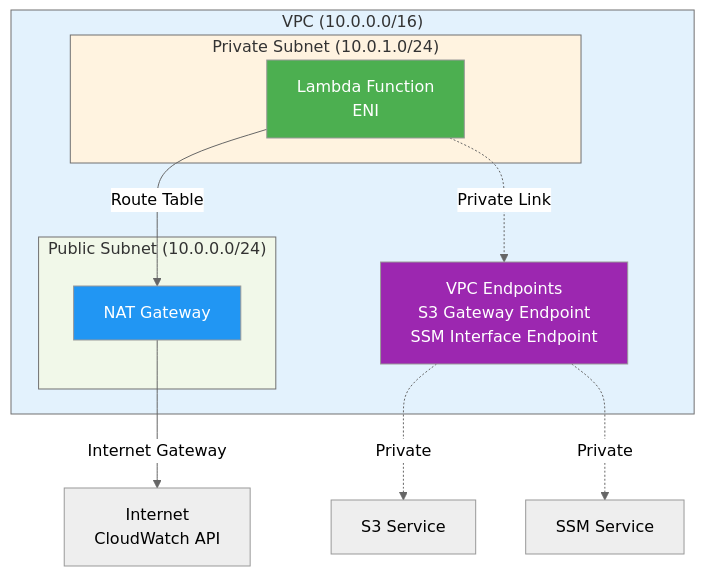
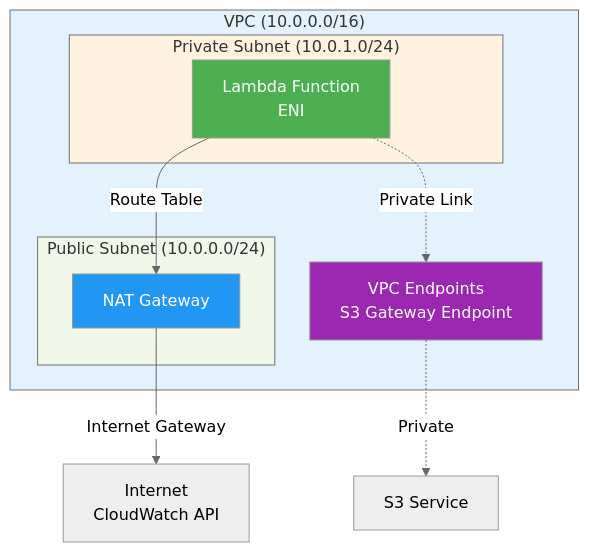
Before and after one commit to manifullstackdeveloper/aws_s3_parquet_athena_lambda: the fourth of 4 diagrams in docs/ARCHITECTURE.md, drawn with Mermaid (neutral theme). The commit also changed other lines of this file and 27 other files, not shown here.

````diff
--- a/docs/ARCHITECTURE.md
+++ b/docs/ARCHITECTURE.md
@@ -286,27 +290,26 @@
 ```mermaid
 graph TB
     subgraph VPC["VPC (10.0.0.0/16)"]
         subgraph PrivateSubnet["Private Subnet (10.0.1.0/24)"]
             Lambda[Lambda Function<br/>ENI]
         end
         
         subgraph PublicSubnet["Public Subnet (10.0.0.0/24)"]
             NAT[NAT Gateway]
         end
         
-        VPCE[VPC Endpoints<br/>S3 Gateway Endpoint<br/>SSM Interface Endpoint]
+        VPCE[VPC Endpoints<br/>S3 Gateway Endpoint]
     end
     
     Lambda -->|Route Table| NAT
     Lambda -.->|Private Link| VPCE
     NAT -->|Internet Gateway| Internet[Internet<br/>CloudWatch API]
     VPCE -.->|Private| S3[S3 Service]
-    VPCE -.->|Private| SSMService[SSM Service]
     
     style VPC fill:#e3f2fd
     style PrivateSubnet fill:#fff3e0
     style PublicSubnet fill:#f1f8e9
     style Lambda fill:#4CAF50,color:#fff
     style NAT fill:#2196F3,color:#fff
     style VPCE fill:#9C27B0,color:#fff
 ```
````
